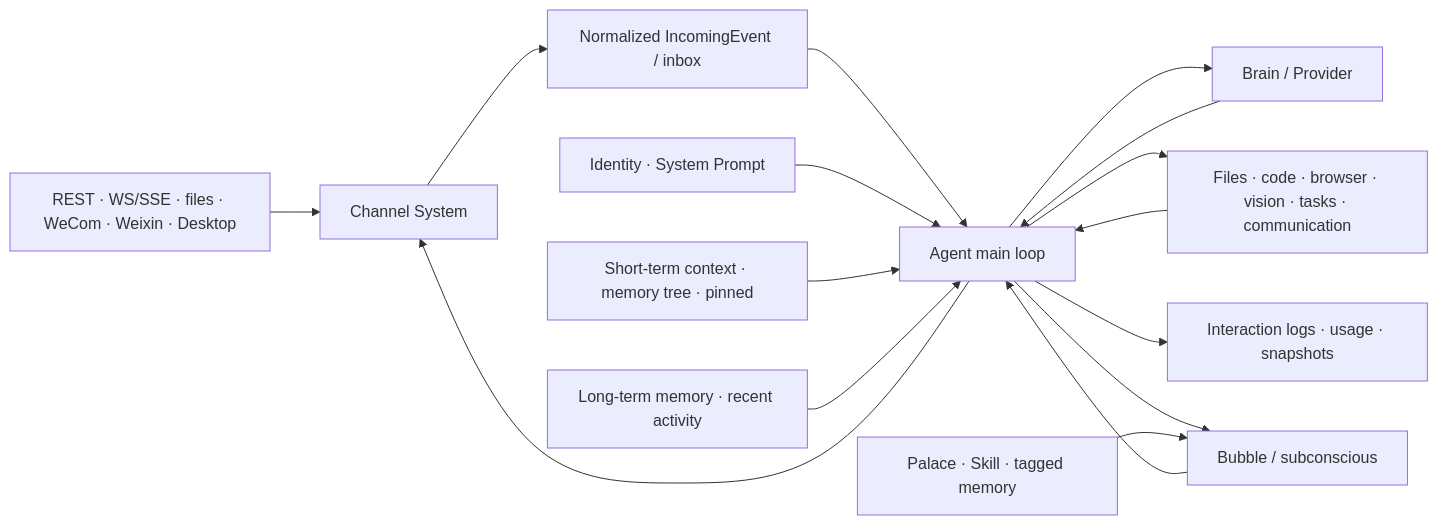
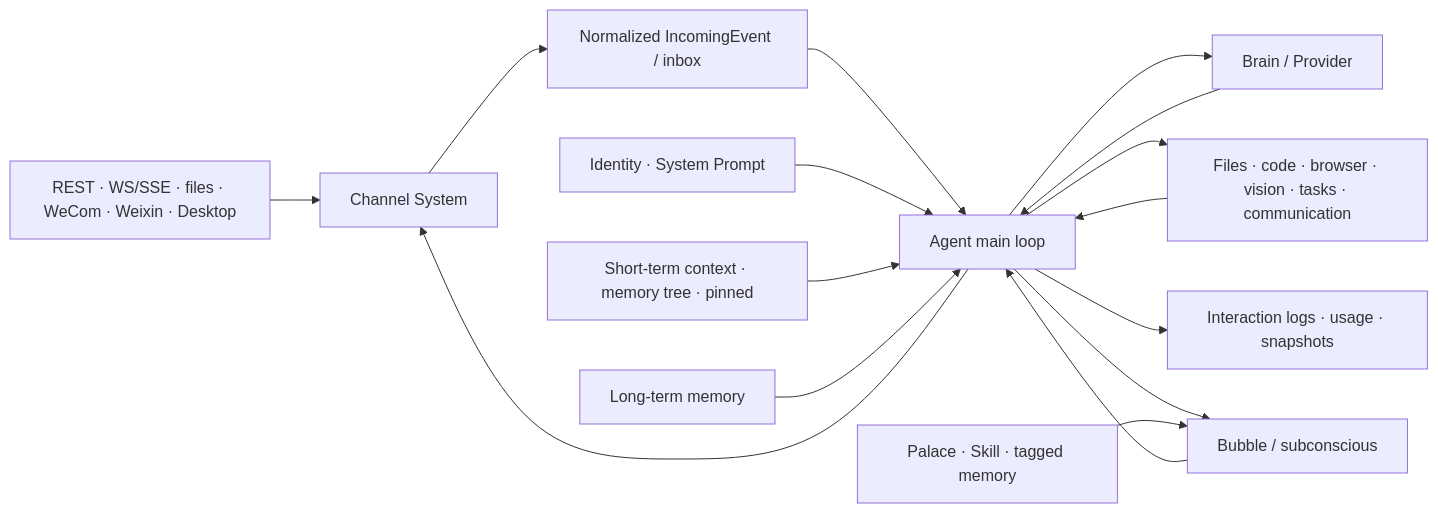
One commit to VirtualBeingsResearch/CoWorker changed the first of 2 diagrams in docs/architecture/runtime-flow.en.md. Above: the diagram before and after it, drawn with Mermaid. The commit also changed other lines of this file and 36 other files, not shown here.

First line of the commit message:
refactor(memory): remove recent-activity index and obsolete chroma/tokenizer guards (#154)

````diff
--- a/docs/architecture/runtime-flow.en.md
+++ b/docs/architecture/runtime-flow.en.md
@@ -10,18 +10,18 @@
 ```mermaid
 flowchart LR
     input["REST · WS/SSE · files · WeCom · Weixin · Desktop"] --> channel["Channel System"]
     channel --> inbox["Normalized IncomingEvent / inbox"]
     inbox --> loop["Agent main loop"]
     identity["Identity · System Prompt"] --> loop
     short["Short-term context · memory tree · pinned"] --> loop
-    long["Long-term memory · recent activity"] --> loop
+    long["Long-term memory"] --> loop
     loop --> brain["Brain / Provider"]
     brain --> loop
     loop --> tools["Files · code · browser · vision · tasks · communication"]
     tools --> loop
     loop --> channel
     loop --> logs["Interaction logs · usage · snapshots"]
     loop --> bubble["Bubble / subconscious"]
     palace["Palace · Skill · tagged memory"] --> bubble
     bubble --> loop
 ```
````
